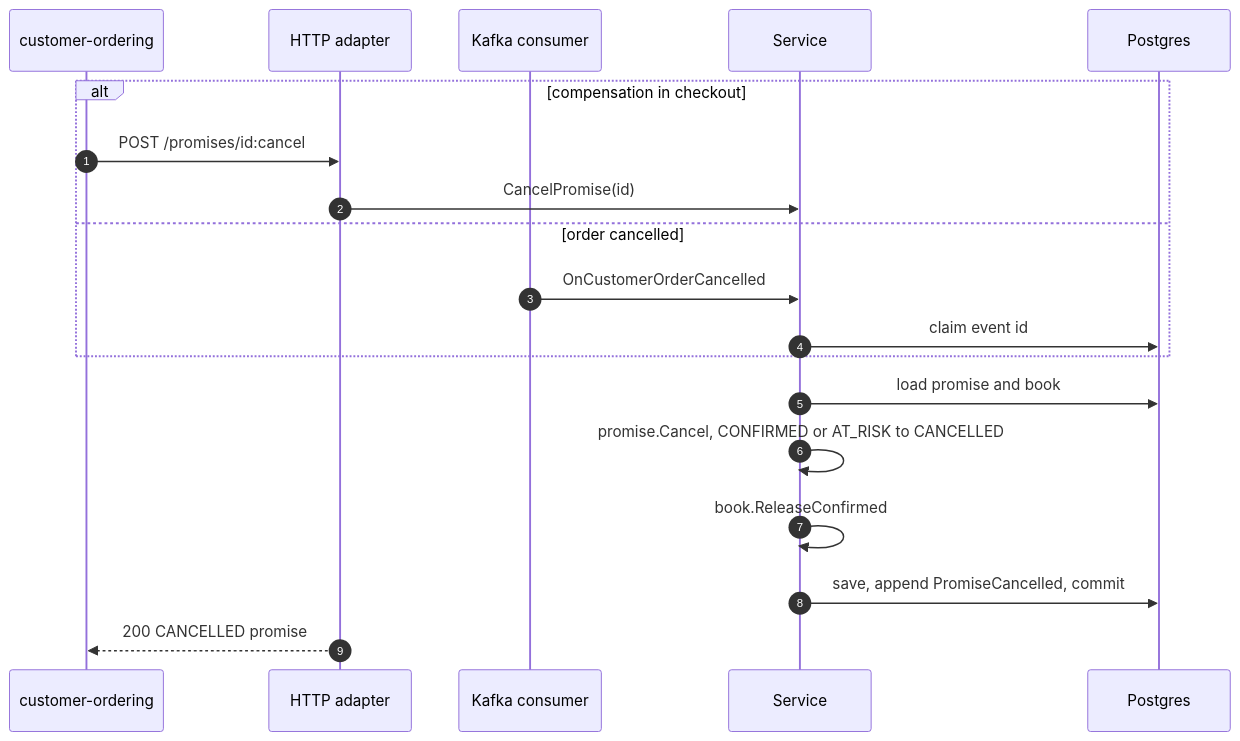
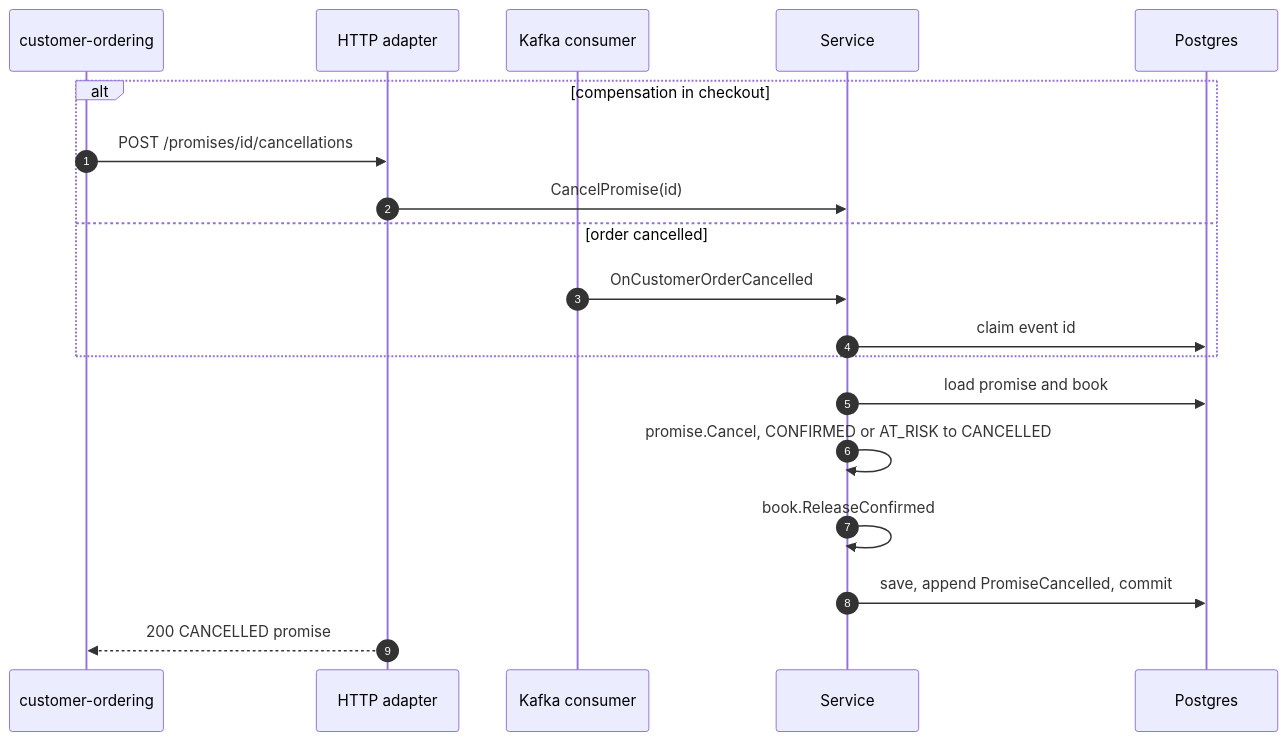
Before and after one commit to IQVO/delivery-promise: the fourth of 9 diagrams in docs/docs/ddd/sequence-diagrams.md, drawn with Mermaid. The commit also changed other lines of this file and 31 other files, not shown here.

````diff
--- a/docs/docs/ddd/sequence-diagrams.md
+++ b/docs/docs/ddd/sequence-diagrams.md
@@ -96,21 +96,21 @@
 ```mermaid
 sequenceDiagram
   autonumber
   participant CO as customer-ordering
   participant H as HTTP adapter
   participant K as Kafka consumer
   participant S as Service
   participant DB as Postgres
   alt compensation in checkout
-    CO->>H: POST /promises/id:cancel
+    CO->>H: POST /promises/id/cancellations
     H->>S: CancelPromise(id)
   else order cancelled
     K->>S: OnCustomerOrderCancelled
     S->>DB: claim event id
   end
   S->>DB: load promise and book
   S->>S: promise.Cancel, CONFIRMED or AT_RISK to CANCELLED
   S->>S: book.ReleaseConfirmed
   S->>DB: save, append PromiseCancelled, commit
   H-->>CO: 200 CANCELLED promise
 ```
````
